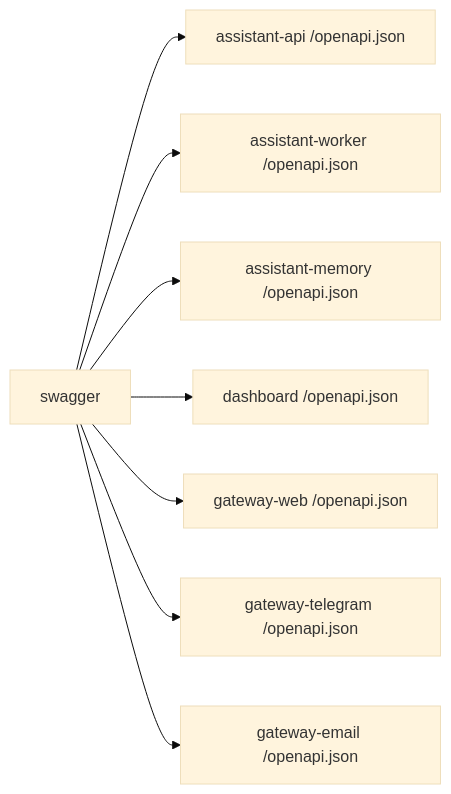
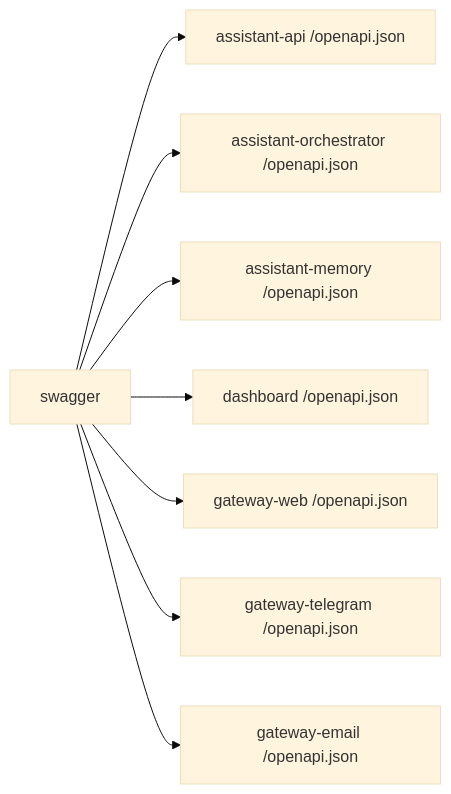
The diagram in docs/services/swagger.md (vinitu/my-concierge), drawn with Mermaid (base theme) before and after one commit. The commit also changed other lines of this file and 195 other files, not shown here.

First line of the commit message:
refactor: update application modules and remove assistant-worker

````diff
--- a/docs/services/swagger.md
+++ b/docs/services/swagger.md
@@ -21,10 +21,10 @@
 ```mermaid
 flowchart LR
     Swagger["swagger"] --> API["assistant-api /openapi.json"]
-    Swagger --> Worker["assistant-worker /openapi.json"]
+    Swagger --> Worker["assistant-orchestrator /openapi.json"]
     Swagger --> Memory["assistant-memory /openapi.json"]
     Swagger --> Dashboard["dashboard /openapi.json"]
     Swagger --> GatewayWeb["gateway-web /openapi.json"]
     Swagger --> GatewayTelegram["gateway-telegram /openapi.json"]
     Swagger --> GatewayEmail["gateway-email /openapi.json"]
 ```
````
